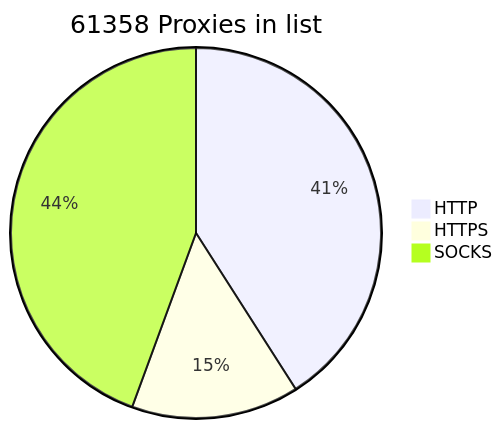
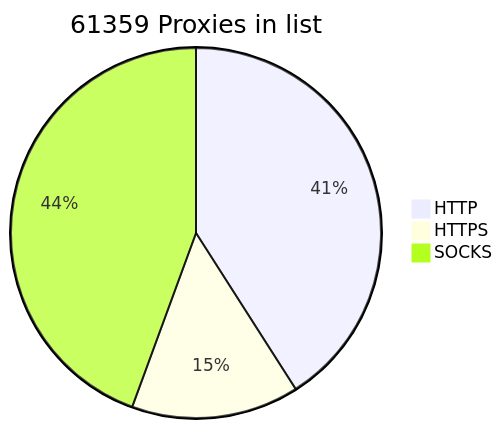
The diagram in README.md (BlackSnowDot/proxylist-update-every-minute), drawn with Mermaid before and after one commit.

````diff
--- a/README.md
+++ b/README.md
@@ -2,6 +2,6 @@
 ```mermaid
-pie title 61358 Proxies in list
+pie title 61359 Proxies in list
     "HTTP" : 28490
-    "HTTPS": 10187
+    "HTTPS": 10188
     "SOCKS" : 30890
 ```
````
